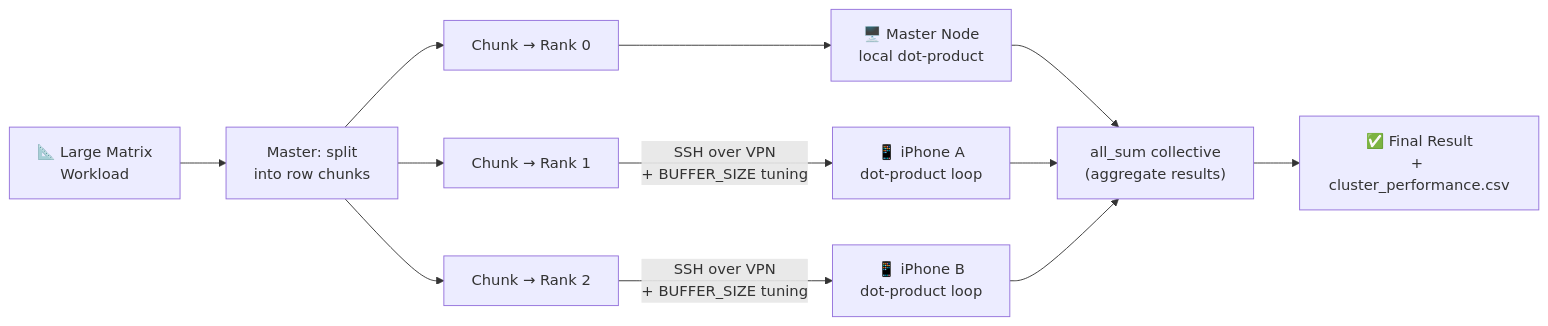
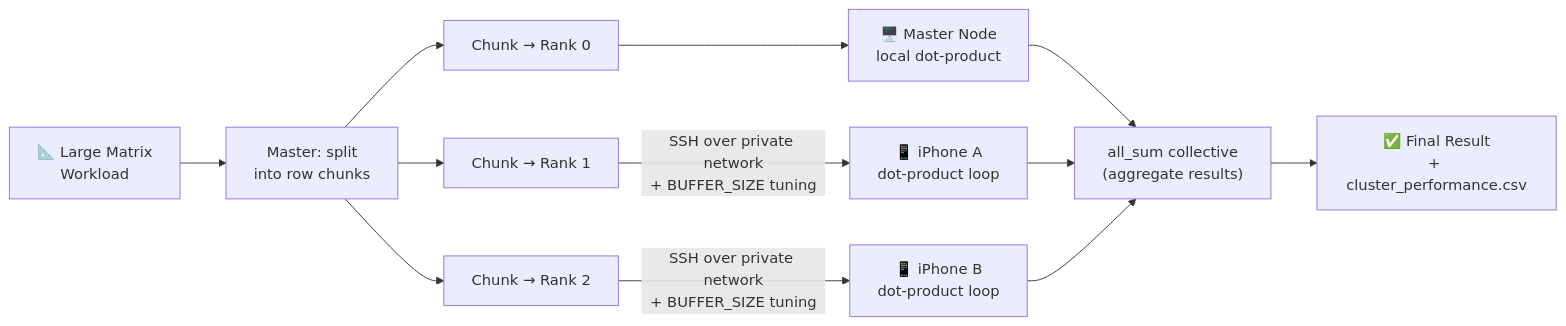
One commit to Mykol71/dist_cluster changed the second of 3 diagrams in docs/Technical_Guide.md. Above: the diagram before and after it, drawn with Mermaid. The commit also changed other lines of this file and 5 other files, not shown here.

````diff
--- a/docs/Technical_Guide.md
+++ b/docs/Technical_Guide.md
@@ -110,14 +110,14 @@
 ```mermaid
 flowchart LR
     MAT["📐 Large Matrix\nWorkload"] --> SPLIT["Master: split\ninto row chunks"]
     SPLIT --> R0["Chunk → Rank 0"]
     SPLIT --> R1["Chunk → Rank 1"]
     SPLIT --> R2["Chunk → Rank 2"]
     R0 --> M["🖥️ Master Node\nlocal dot-product"]
-    R1 -->|"SSH over VPN\n+ BUFFER_SIZE tuning"| W1["📱 iPhone A\ndot-product loop"]
-    R2 -->|"SSH over VPN\n+ BUFFER_SIZE tuning"| W2["📱 iPhone B\ndot-product loop"]
+    R1 -->|"SSH over private network\n+ BUFFER_SIZE tuning"| W1["📱 iPhone A\ndot-product loop"]
+    R2 -->|"SSH over private network\n+ BUFFER_SIZE tuning"| W2["📱 iPhone B\ndot-product loop"]
     M --> AGG["all_sum collective\n(aggregate results)"]
     W1 --> AGG
     W2 --> AGG
     AGG --> OUT["✅ Final Result\n+ cluster_performance.csv"]
 ```
````
